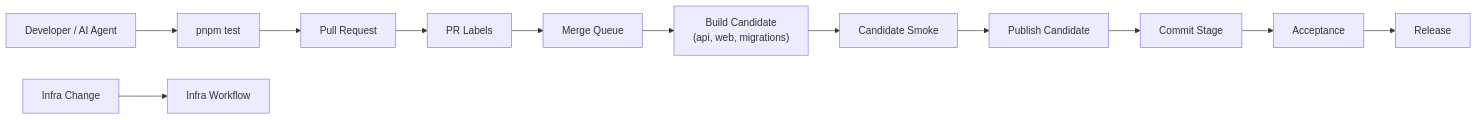
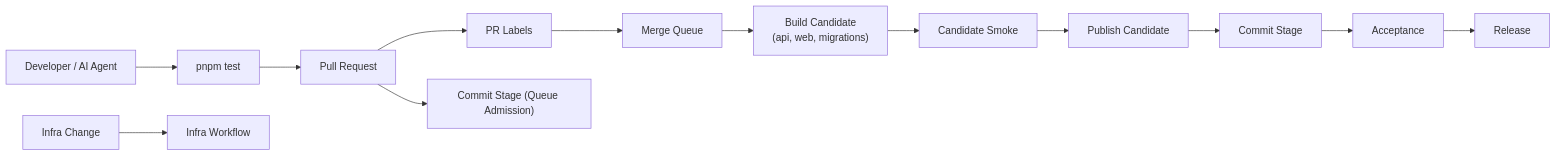
Before and after one commit to glcsolutions-ca/compass: the diagram in platform/pipeline/README.md, drawn with Mermaid. The commit also changed other lines of this file and 9 other files, not shown here.

Commit message:
Fix merge queue admission and container installs

````diff
--- a/platform/pipeline/README.md
+++ b/platform/pipeline/README.md
@@ -3,16 +3,17 @@
 ```mermaid
 flowchart LR
     DEV["Developer / AI Agent"] --> LOCAL["pnpm test"]
     LOCAL --> PR["Pull Request"]
     PR --> PF["PR Labels"]
+    PR --> QA["Commit Stage (Queue Admission)"]
     PF --> MQ["Merge Queue"]
 
     MQ --> BC["Build Candidate\n(api, web, migrations)"]
     BC --> SM["Candidate Smoke"]
     SM --> PC["Publish Candidate"]
     PC --> CS["Commit Stage"]
     CS --> ACC["Acceptance"]
     ACC --> REL["Release"]
 
     INFRA["Infra Change"] --> IW["Infra Workflow"]
 ```
````
